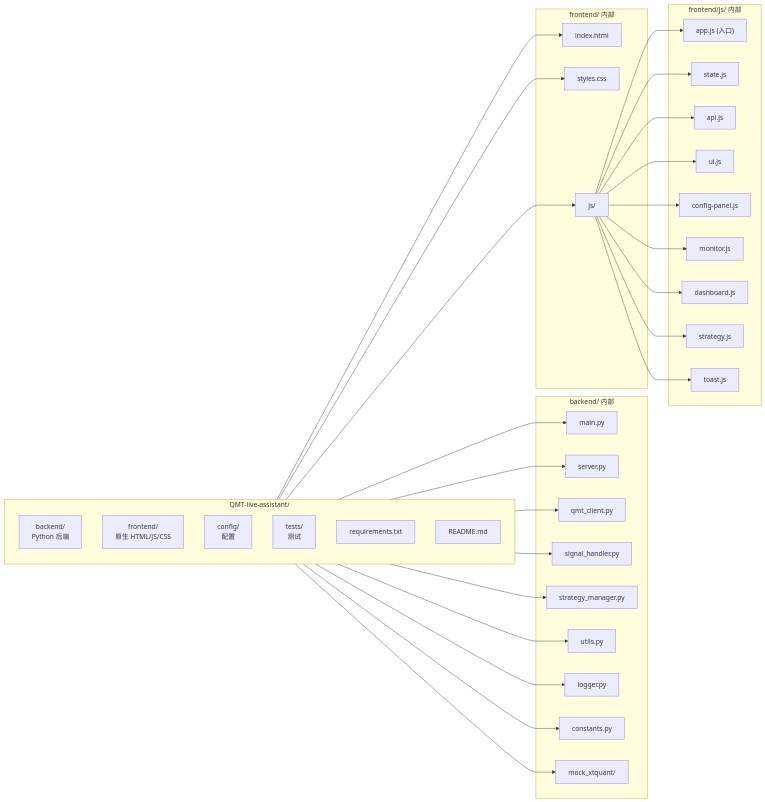
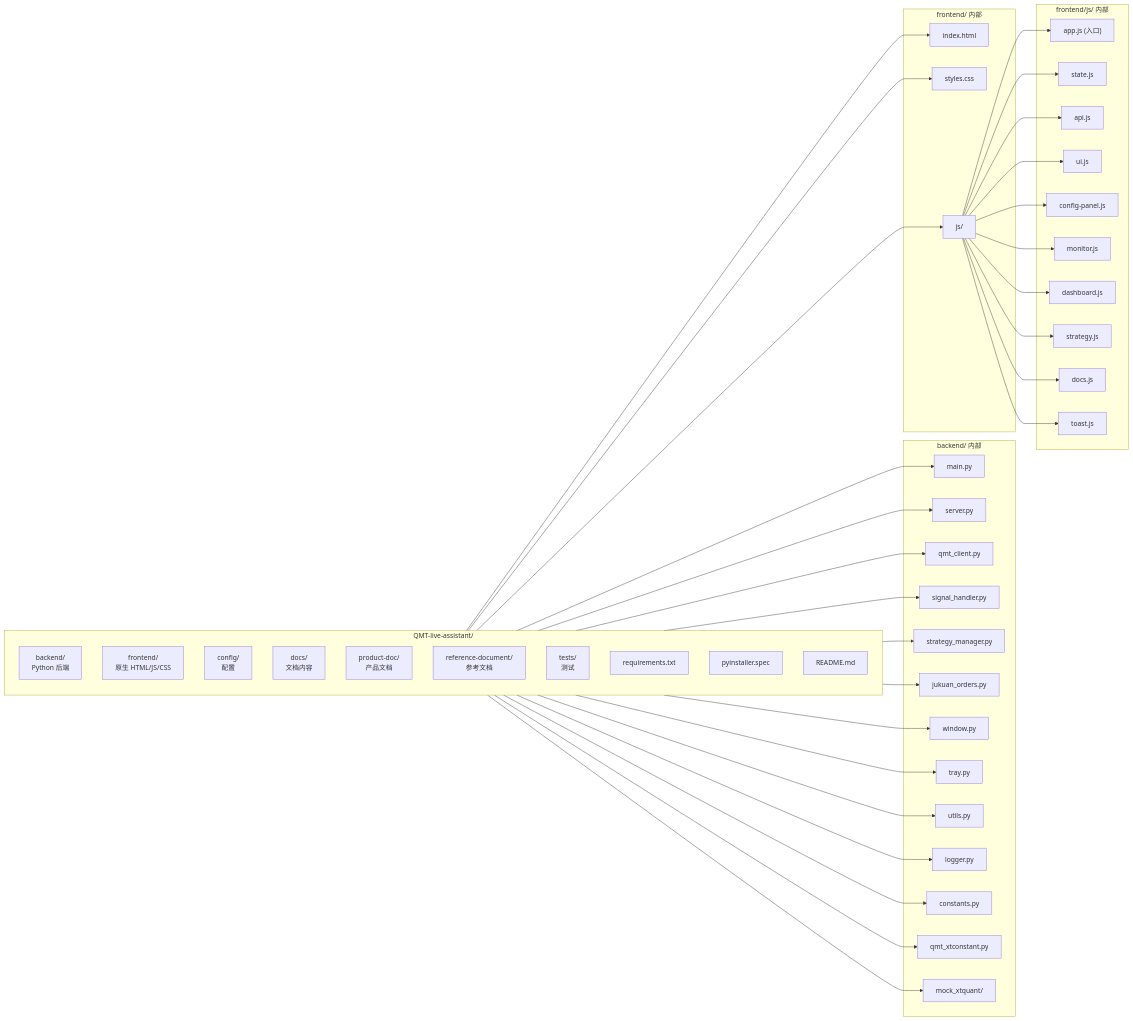
Before and after one commit to Dada-liu/QMT-Live-Assistant: the second of 5 diagrams in product-doc/IMPLEMENTATION_PLAN.md, drawn with Mermaid. The commit also changed other lines of this file, not shown here.

````diff
--- a/product-doc/IMPLEMENTATION_PLAN.md
+++ b/product-doc/IMPLEMENTATION_PLAN.md
@@ -91,46 +111,55 @@
 ```mermaid
 graph LR
     subgraph ROOT["QMT-live-assistant/"]
         direction TB
         BE["backend/<br/>Python 后端"]
         FE["frontend/<br/>原生 HTML/JS/CSS"]
         CFG_DIR["config/<br/>配置"]
+        DOCS["docs/<br/>文档内容"]
+        PDOC["product-doc/<br/>产品文档"]
+        REF["reference-document/<br/>参考文档"]
         TEST["tests/<br/>测试"]
         REQ["requirements.txt"]
+        SPEC["pyinstaller.spec"]
         README["README.md"]
     end
 
     subgraph "backend/ 内部"
         MAIN2["main.py"]
         SVR2["server.py"]
         CLIENT2["qmt_client.py"]
         SIG2["signal_handler.py"]
         STRAT2["strategy_manager.py"]
+        JK2["jukuan_orders.py"]
+        WINDOW2["window.py"]
+        TRAY2["tray.py"]
         UTILS2["utils.py"]
         LOG2["logger.py"]
         CONST2["constants.py"]
+        XTC2["qmt_xtconstant.py"]
         MOCK["mock_xtquant/"]
     end
 
     subgraph "frontend/ 内部"
         HTML2["index.html"]
         CSS["styles.css"]
         JS_DIR["js/"]
     end
 
     subgraph "frontend/js/ 内部"
         APP_JS["app.js (入口)"]
         STATE_JS["state.js"]
         API_JS["api.js"]
         UI_JS["ui.js"]
         CFG_JS["config-panel.js"]
         MON_JS2["monitor.js"]
         DASH_JS2["dashboard.js"]
         STRAT_JS["strategy.js"]
+        DOCS_JS["docs.js"]
         TOAST["toast.js"]
     end
 
-    BE --> MAIN2 & SVR2 & CLIENT2 & SIG2 & STRAT2 & UTILS2 & LOG2 & CONST2 & MOCK
+    BE --> MAIN2 & SVR2 & CLIENT2 & SIG2 & STRAT2 & JK2 & WINDOW2 & TRAY2 & UTILS2 & LOG2 & CONST2 & XTC2 & MOCK
     FE --> HTML2 & CSS & JS_DIR
-    JS_DIR --> APP_JS & STATE_JS & API_JS & UI_JS & CFG_JS & MON_JS2 & DASH_JS2 & STRAT_JS & TOAST
+    JS_DIR --> APP_JS & STATE_JS & API_JS & UI_JS & CFG_JS & MON_JS2 & DASH_JS2 & STRAT_JS & DOCS_JS & TOAST
 ```
````
